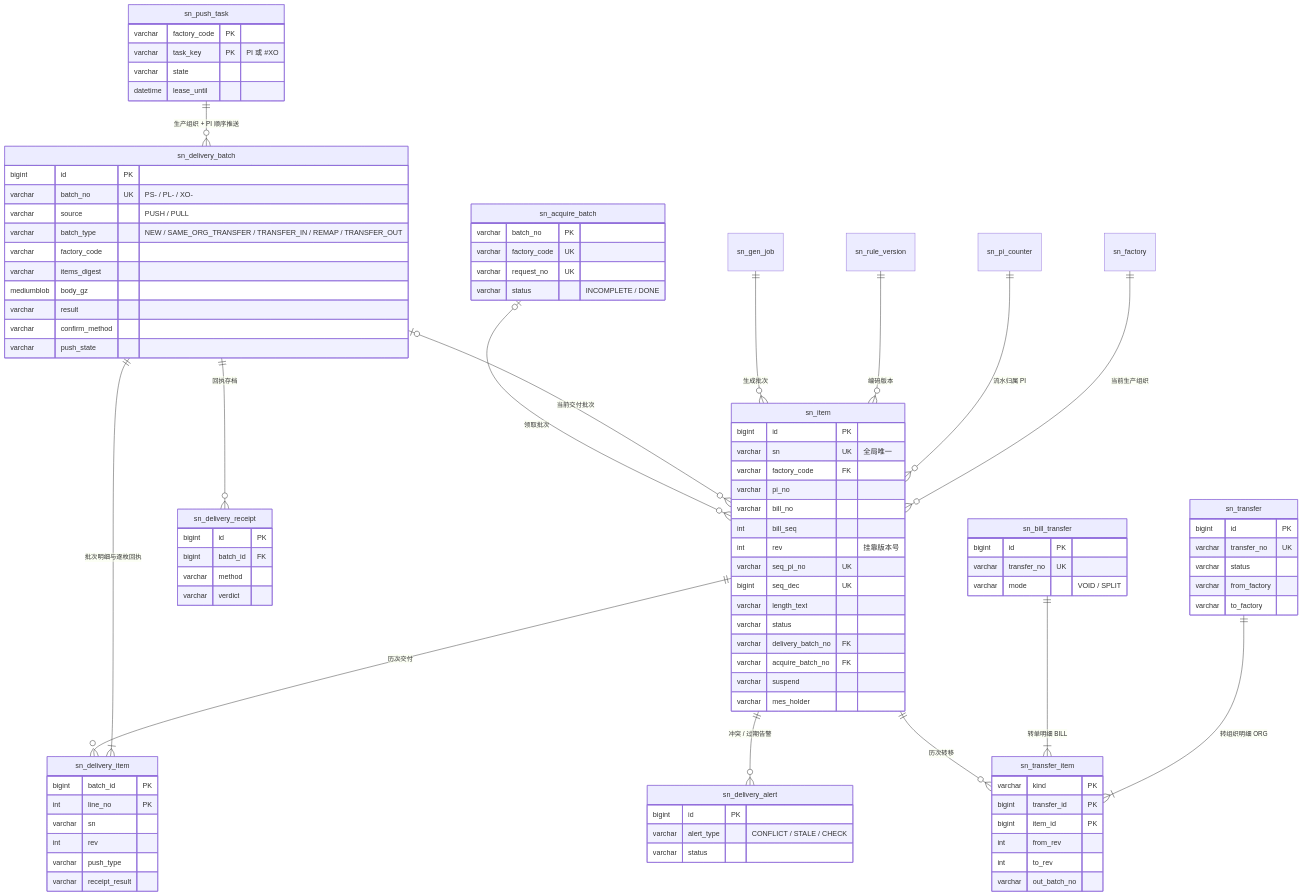
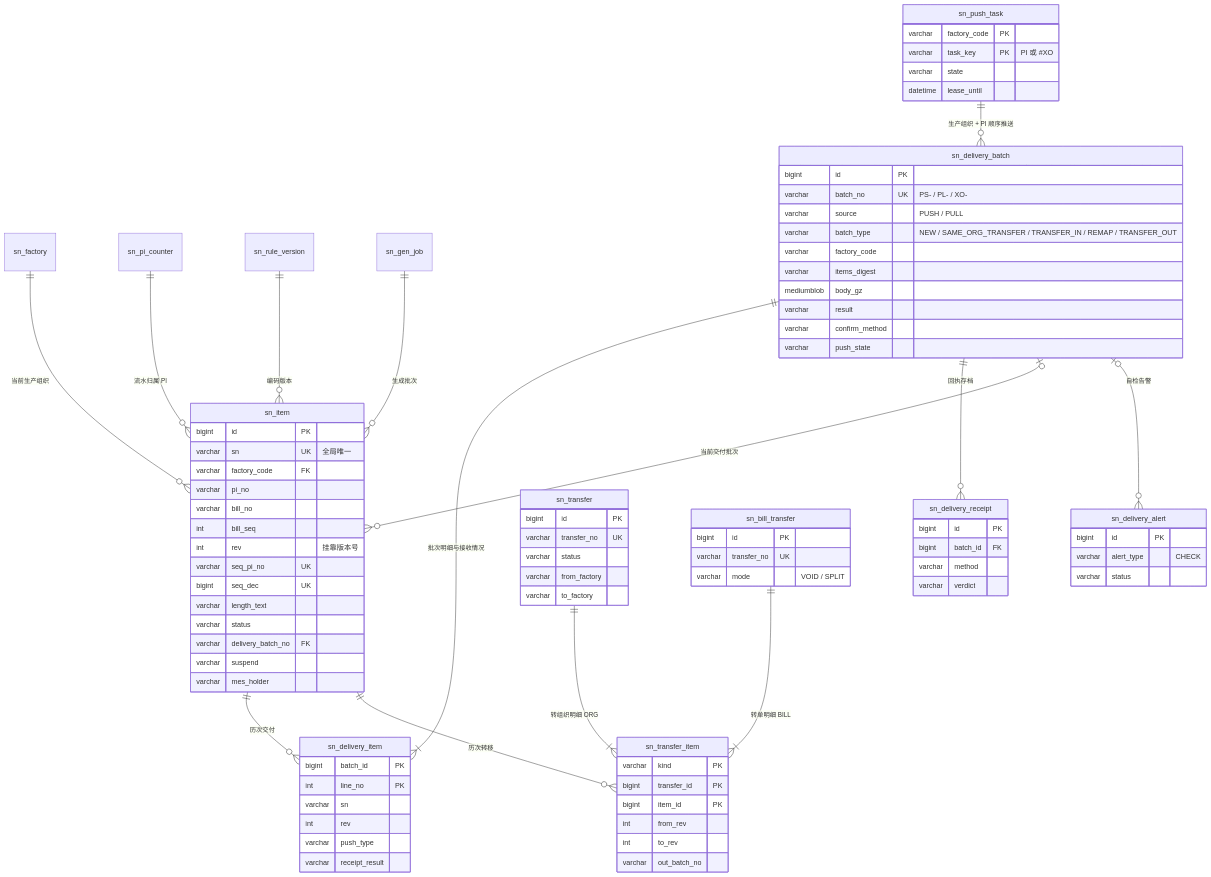
One commit to Createsnow/sn-center changed the diagram in docs/images/系统技术方案/fig2-6-er-item.mmd. Above: the diagram before and after it, drawn with Mermaid. The commit also changed 80 other files, not shown here.

```diff
--- a/docs/images/系统技术方案/fig2-6-er-item.mmd
+++ b/docs/images/系统技术方案/fig2-6-er-item.mmd
@@ -1,95 +1,87 @@
 erDiagram
   sn_factory ||--o{ sn_item : "当前生产组织"
   sn_pi_counter ||--o{ sn_item : "流水归属 PI"
   sn_rule_version ||--o{ sn_item : "编码版本"
   sn_gen_job ||--o{ sn_item : "生成批次"
-  sn_delivery_batch ||--|{ sn_delivery_item : "批次明细与逐枚回执"
+  sn_delivery_batch ||--|{ sn_delivery_item : "批次明细与接收情况"
   sn_delivery_batch ||--o{ sn_delivery_receipt : "回执存档"
   sn_item ||--o{ sn_delivery_item : "历次交付"
   sn_delivery_batch o|--o{ sn_item : "当前交付批次"
-  sn_acquire_batch o|--o{ sn_item : "领取批次"
   sn_push_task ||--o{ sn_delivery_batch : "生产组织 + PI 顺序推送"
   sn_transfer ||--|{ sn_transfer_item : "转组织明细 ORG"
   sn_bill_transfer ||--|{ sn_transfer_item : "转单明细 BILL"
   sn_item ||--o{ sn_transfer_item : "历次转移"
-  sn_item ||--o{ sn_delivery_alert : "冲突 / 过期告警"
+  sn_delivery_batch o|--o{ sn_delivery_alert : "自检告警"
   sn_item {
     bigint id PK
     varchar sn UK "全局唯一"
     varchar factory_code FK
     varchar pi_no
     varchar bill_no
     int bill_seq
     int rev "挂靠版本号"
     varchar seq_pi_no UK
     bigint seq_dec UK
     varchar length_text
     varchar status
     varchar delivery_batch_no FK
-    varchar acquire_batch_no FK
     varchar suspend
     varchar mes_holder
   }
   sn_delivery_batch {
     bigint id PK
     varchar batch_no UK "PS- / PL- / XO-"
     varchar source "PUSH / PULL"
     varchar batch_type "NEW / SAME_ORG_TRANSFER / TRANSFER_IN / REMAP / TRANSFER_OUT"
     varchar factory_code
     varchar items_digest
     mediumblob body_gz
     varchar result
     varchar confirm_method
     varchar push_state
   }
   sn_delivery_item {
     bigint batch_id PK
     int line_no PK
     varchar sn
     int rev
     varchar push_type
     varchar receipt_result
   }
   sn_delivery_receipt {
     bigint id PK
     bigint batch_id FK
     varchar method
     varchar verdict
   }
   sn_delivery_alert {
     bigint id PK
-    varchar alert_type "CONFLICT / STALE / CHECK"
+    varchar alert_type "CHECK"
     varchar status
   }
   sn_push_task {
     varchar factory_code PK
     varchar task_key PK "PI 或 #XO"
     varchar state
     datetime lease_until
-  }
-  sn_acquire_batch {
-    varchar batch_no PK
-    varchar factory_code UK
-    varchar request_no UK
-    varchar status "INCOMPLETE / DONE"
   }
   sn_bill_transfer {
     bigint id PK
     varchar transfer_no UK
     varchar mode "VOID / SPLIT"
   }
   sn_transfer {
     bigint id PK
     varchar transfer_no UK
     varchar status
     varchar from_factory
     varchar to_factory
   }
   sn_transfer_item {
     varchar kind PK
     bigint transfer_id PK
     bigint item_id PK
     int from_rev
     int to_rev
     varchar out_batch_no
   }
```
